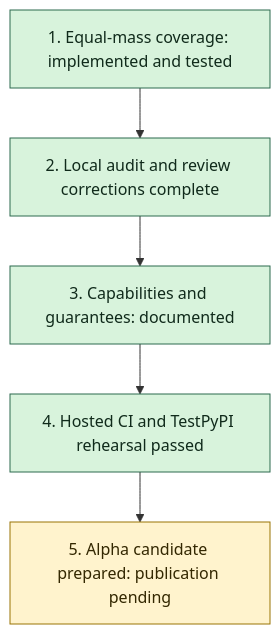
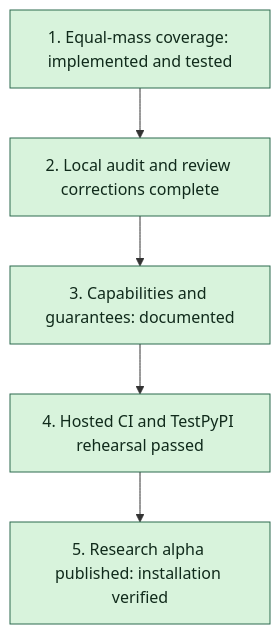
One commit to reetanshuh1998/Ramanujan_master_theorem changed the diagram in docs/RELEASE_PLAN.md. Above: the diagram before and after it, drawn with Mermaid. The commit also changed other lines of this file and 2 other files, not shown here.

Commit message:
Record verified 0.3.0a4 PyPI publication

````diff
--- a/docs/RELEASE_PLAN.md
+++ b/docs/RELEASE_PLAN.md
@@ -6,13 +6,11 @@
 ```mermaid
 flowchart TD
     A[1. Equal-mass coverage: implemented and tested]
     B[2. Local audit and review corrections complete]
     C[3. Capabilities and guarantees: documented]
     D[4. Hosted CI and TestPyPI rehearsal passed]
-    E[5. Alpha candidate prepared: publication pending]
+    E[5. Research alpha published: installation verified]
     A --> B --> C --> D --> E
     classDef ready fill:#d8f3dc,stroke:#2d6a4f,color:#102a1b
-    classDef pending fill:#fff3cd,stroke:#997404,color:#332701
-    class A,B,C,D ready
-    class E pending
+    class A,B,C,D,E ready
 ```
````
